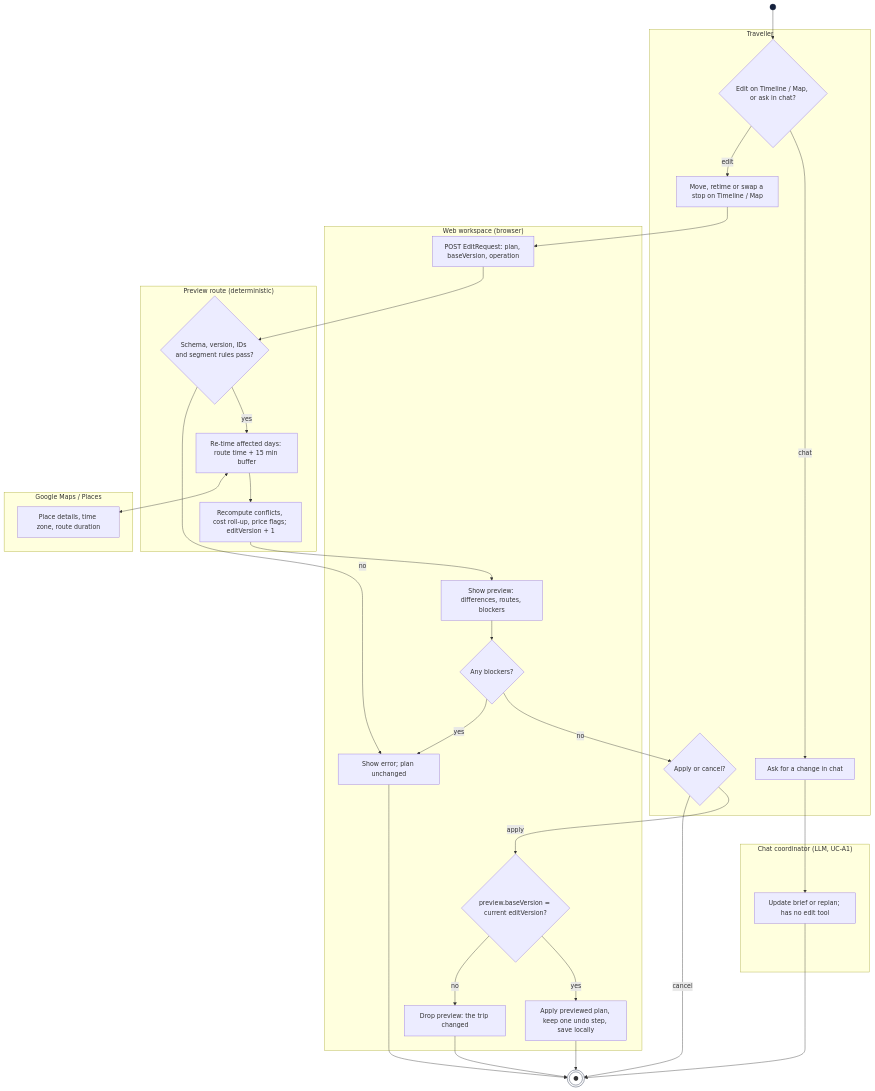
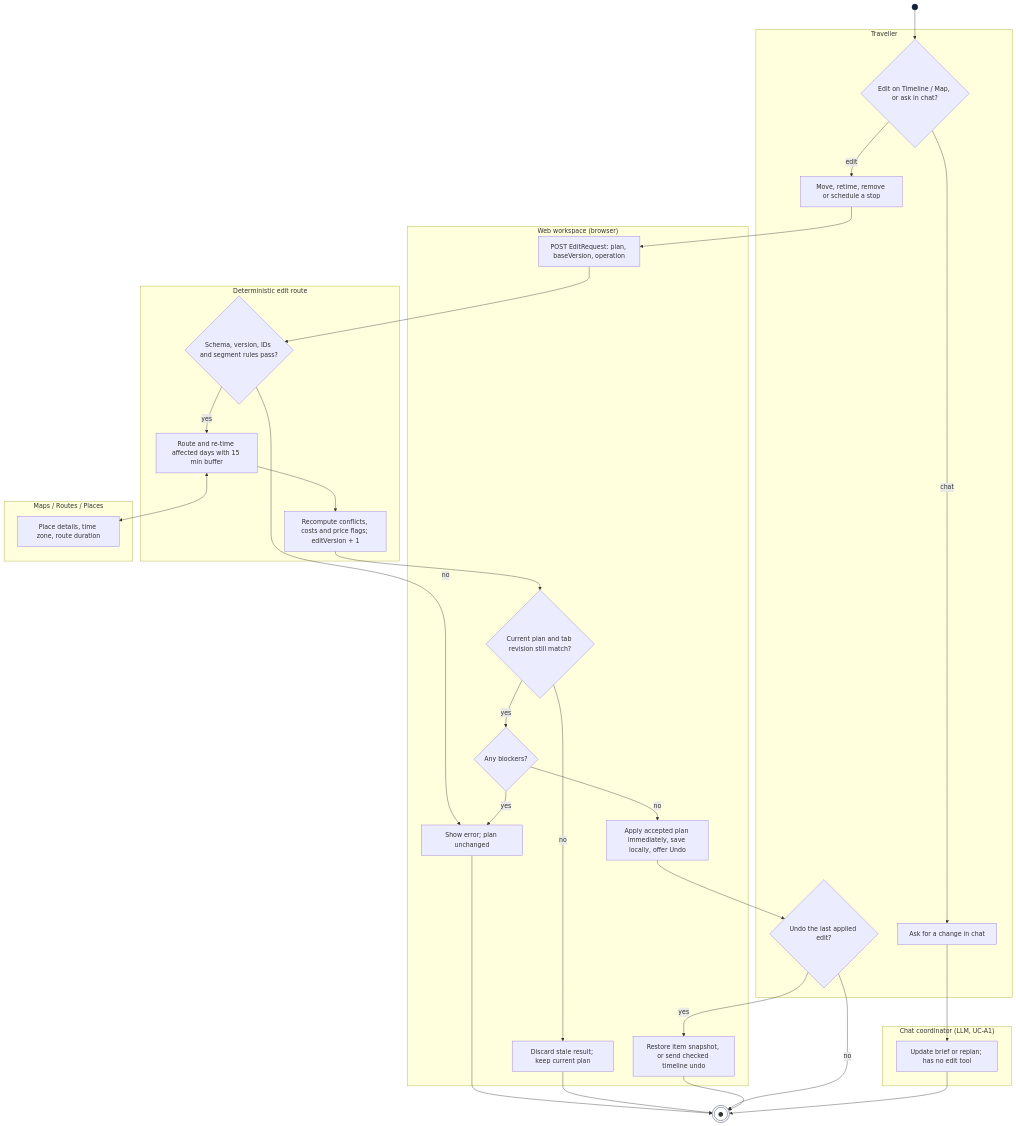
One commit to Lilstanie/AI_TRIP_PLANNER changed the first of 3 diagrams in docs/design/stage1/04-member-e-behaviour.md. Above: the diagram before and after it, drawn with Mermaid. The commit also changed other lines of this file and 4 other files, not shown here.

````diff
--- a/docs/design/stage1/04-member-e-behaviour.md
+++ b/docs/design/stage1/04-member-e-behaviour.md
@@ -12,52 +14,52 @@
 ```mermaid
 flowchart TB
   start(( )) --> how{"Edit on Timeline / Map, or ask in chat?"}
   how -- edit --> pick
   how -- chat --> chat
 
   subgraph T["Traveller"]
     how
-    pick["Move, retime or swap a stop on Timeline / Map"]
-    choose{"Apply or cancel?"}
+    pick["Move, retime, remove or schedule a stop"]
+    undo{"Undo the last applied edit?"}
     chat["Ask for a change in chat"]
   end
 
   subgraph W["Web workspace (browser)"]
     send["POST EditRequest: plan, baseVersion, operation"]
-    show["Show preview: differences, routes, blockers"]
     blocked{"Any blockers?"}
-    fresh{"preview.baseVersion = current editVersion?"}
-    apply["Apply previewed plan, keep one undo step, save locally"]
-    stale["Drop preview: the trip changed"]
+    fresh{"Current plan and tab revision still match?"}
+    apply["Apply accepted plan immediately, save locally, offer Undo"]
+    restore["Restore item snapshot, or send checked timeline undo"]
+    stale["Discard stale result; keep current plan"]
     err["Show error; plan unchanged"]
   end
 
-  subgraph P["Preview route (deterministic)"]
+  subgraph P["Deterministic edit route"]
     check{"Schema, version, IDs and segment rules pass?"}
-    retime["Re-time affected days: route time + 15 min buffer"]
-    recompute["Recompute conflicts, cost roll-up, price flags; editVersion + 1"]
+    retime["Route and re-time affected days with 15 min buffer"]
+    recompute["Recompute conflicts, costs and price flags; editVersion + 1"]
   end
 
-  subgraph G["Google Maps / Places"]
+  subgraph G["Maps / Routes / Places"]
     maps["Place details, time zone, route duration"]
   end
 
   subgraph C["Chat coordinator (LLM, UC-A1)"]
     replan["Update brief or replan; has no edit tool"]
   end
 
   pick --> send --> check
   check -- no --> err --> stop(((●)))
   check -- yes --> retime
   retime <--> maps
-  retime --> recompute --> show --> blocked
+  retime --> recompute --> fresh
+  fresh -- no --> stale --> stop
+  fresh -- yes --> blocked
   blocked -- yes --> err
-  blocked -- no --> choose
-  choose -- cancel --> stop
-  choose -- apply --> fresh
-  fresh -- no --> stale --> stop
-  fresh -- yes --> apply --> stop
+  blocked -- no --> apply --> undo
+  undo -- no --> stop
+  undo -- yes --> restore --> stop
   chat --> replan --> stop
   style start fill:#14213D,stroke:#14213D
   style stop fill:#FFFFFF,stroke:#14213D
 ```
````
